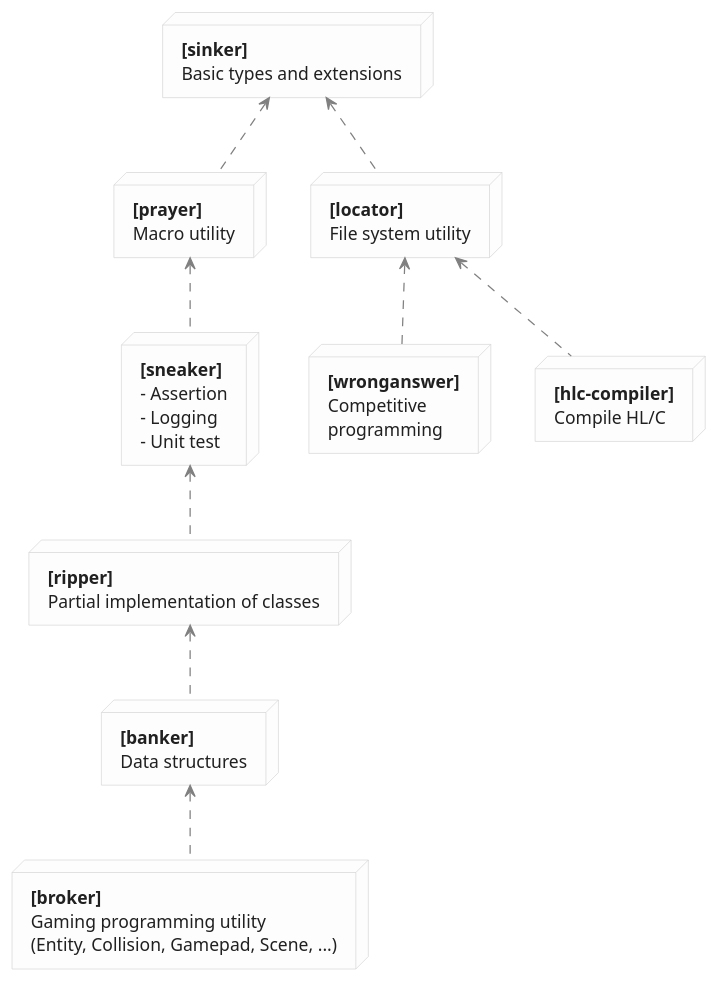
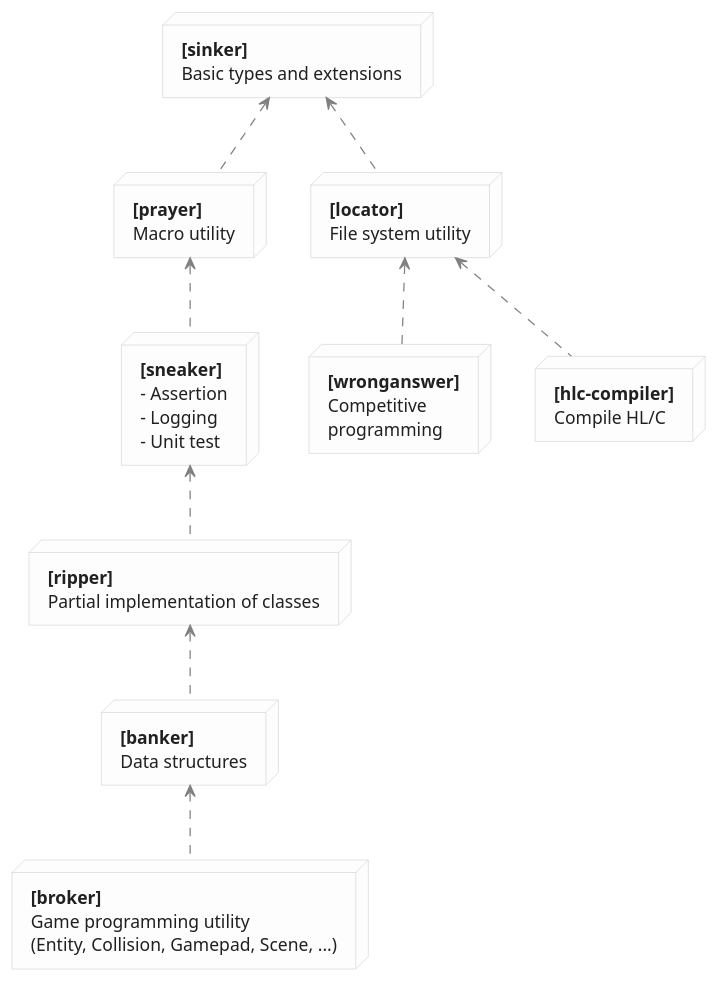
The diagram in diagram.puml (fal-works/fal-haxe-libraries), drawn with PlantUML before and after one commit. The commit also changed 1 other file, not shown here.

```diff
--- a/diagram.puml
+++ b/diagram.puml
@@ -1,80 +1,80 @@
 @startuml diagram
 
 ' ---- (style) --------------------------------
 
 skinparam shadowing false
 skinparam backgroundColor White
 skinparam node {
   BackgroundColor #FDFDFD
   BorderColor #D0D0D0
   FontColor #202020
 }
 skinparam ArrowColor #808080
 skinparam note {
   BackgroundColor White
   FontColor #606060
   BorderColor #C0C0C0
 }
 
 ' ---- (diagram) ------------------------------
 
 node sinker [
   **[sinker]**
   Basic types and extensions
 ]
 
 node prayer [
   **[prayer]**
   Macro utility
 ]
 
 node sneaker [
   **[sneaker]**
   - Assertion
   - Logging
   - Unit test
 ]
 
 node ripper [
   **[ripper]**
   Partial implementation of classes
 ]
 
 node banker [
   **[banker]**
   Data structures
 ]
 
 node broker [
   **[broker]**
-  Gaming programming utility
+  Game programming utility
   (Entity, Collision, Gamepad, Scene, ...)
 ]
 
 node locator [
   **[locator]**
   File system utility
 ]
 
 node wronganswer [
   **[wronganswer]**
   Competitive
   programming
 ]
 
 node hlc_compiler [
   **[hlc-compiler]**
   Compile HL/C
 ]
 
 sinker <.. prayer
 prayer <.. sneaker
 sneaker <.. ripper
 ripper <.. banker
 banker <.. broker
 
 sinker <.. locator
 locator <.. wronganswer
 locator <.. hlc_compiler
 
 @enduml
```
